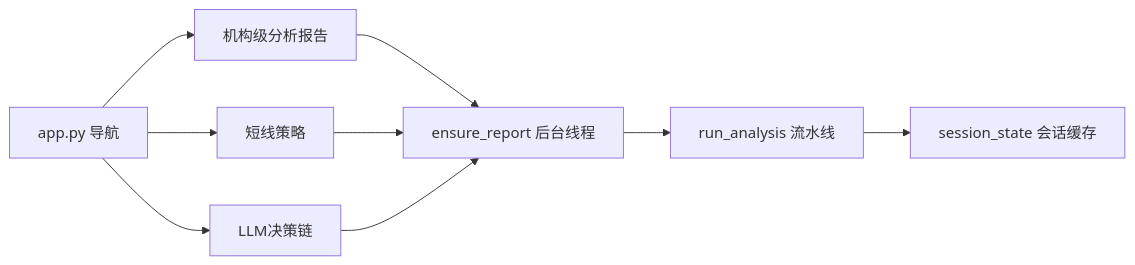
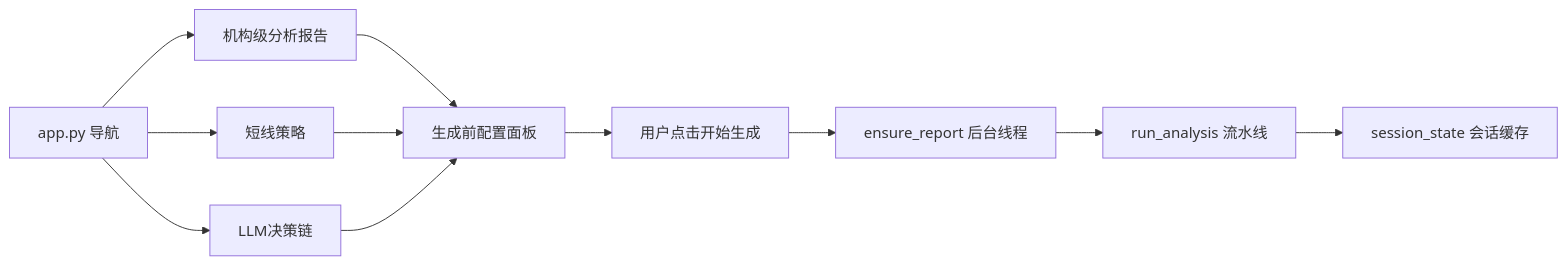
Before and after one commit to vbqx/GoldAnalysisAI: the first of 2 diagrams in docs/walkthrough.md, drawn with Mermaid. The commit also changed other lines of this file and 10 other files, not shown here.

````diff
--- a/docs/walkthrough.md
+++ b/docs/walkthrough.md
@@ -15,11 +15,13 @@
 ```mermaid
 flowchart LR
     A[app.py 导航] --> B[机构级分析报告]
     A --> C[短线策略]
     A --> D[LLM决策链]
-    B --> E[ensure_report 后台线程]
+    B --> E[生成前配置面板]
     C --> E
     D --> E
-    E --> F[run_analysis 流水线]
-    F --> G[session_state 会话缓存]
+    E --> F[用户点击开始生成]
+    F --> G[ensure_report 后台线程]
+    G --> H[run_analysis 流水线]
+    H --> I[session_state 会话缓存]
 ```
````
